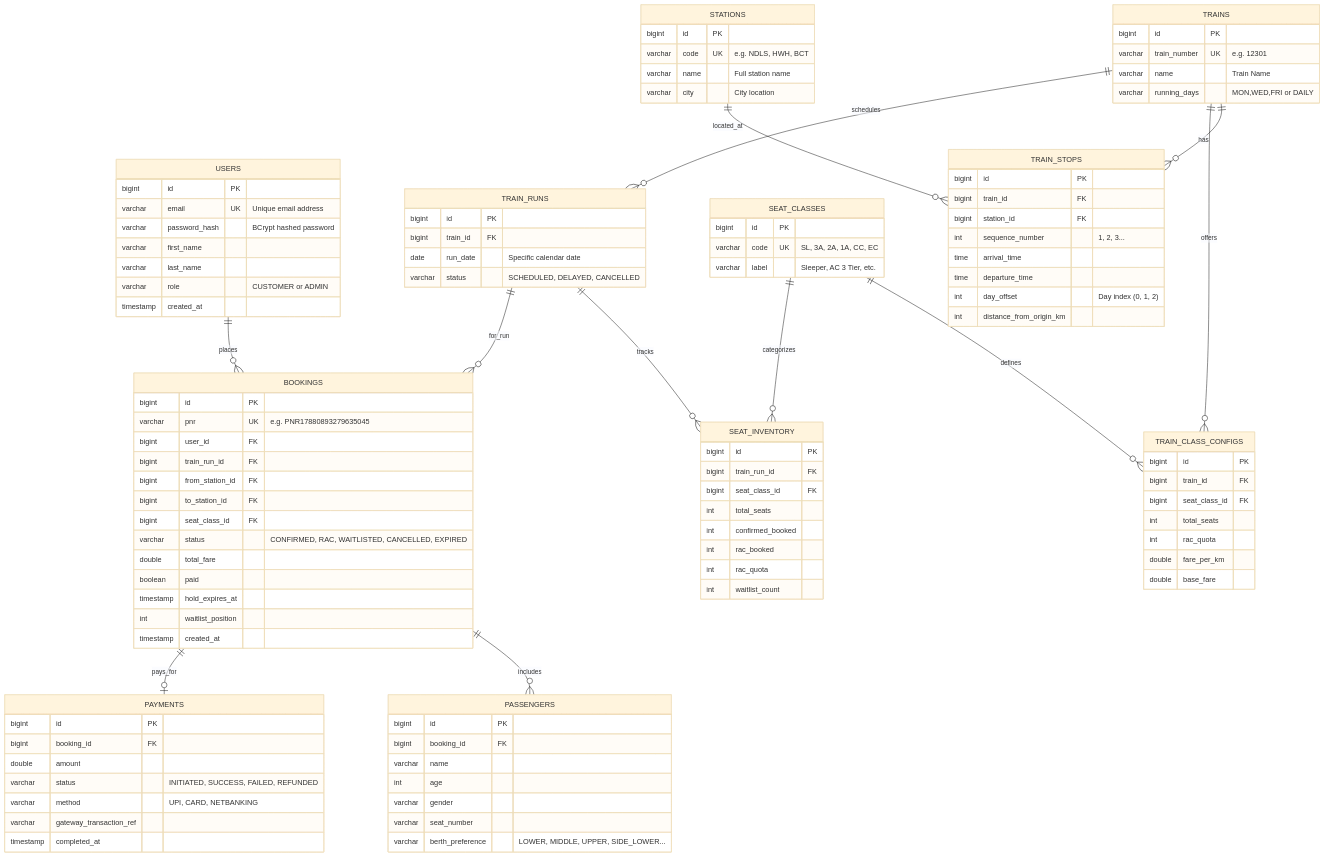
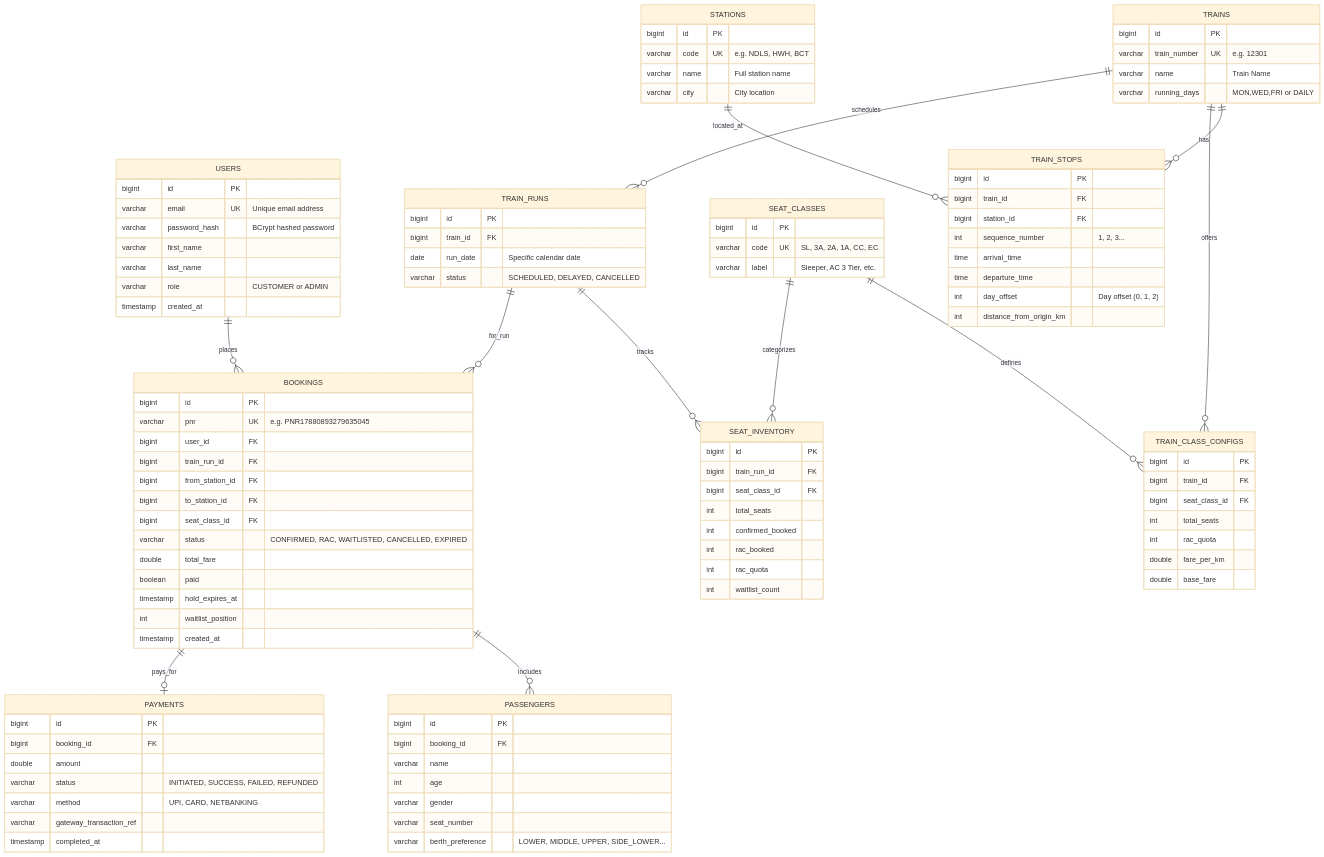
The second of 2 diagrams in README.md (SumitKumar-990/Railway-Reservation-System), drawn with Mermaid (base theme) before and after one commit. The commit also changed other lines of this file and 5 other files, not shown here.

```diff
--- a/README.md
+++ b/README.md
@@ -119,7 +189,7 @@
         int sequence_number "1, 2, 3..."
         time arrival_time
         time departure_time
-        int day_offset "Day index (0, 1, 2)"
+        int day_offset "Day offset (0, 1, 2)"
         int distance_from_origin_km
     }
 
```
